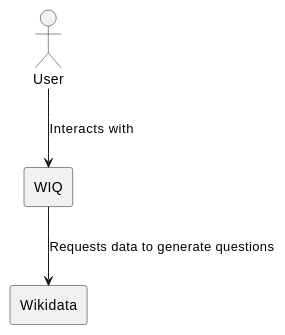
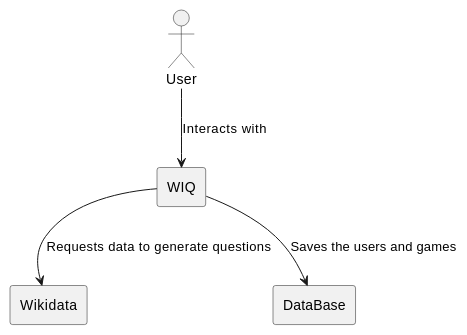
One commit to Arquisoft/wiq_es04b changed the diagram in docs/src/05_building_block_view.adoc. Above: the diagram before and after it, drawn with PlantUML. The commit also changed other lines of this file, not shown here.

Commit message:
05_building_block_view added database

```diff
--- a/docs/src/05_building_block_view.adoc
+++ b/docs/src/05_building_block_view.adoc
@@ -66,11 +66,15 @@
 [plantuml,"Whitebox Overall System",png]
 ----
 actor User as User
 rectangle "WIQ" {
     User --> WIQ : Interacts with
 }
 
 rectangle "Wikidata" {
     WIQ --> Wikidata : Requests data to generate questions
 }
+
+rectangle "DataBase" {
+    WIQ --> DataBase : Saves the users and games
+}
 ----
```
